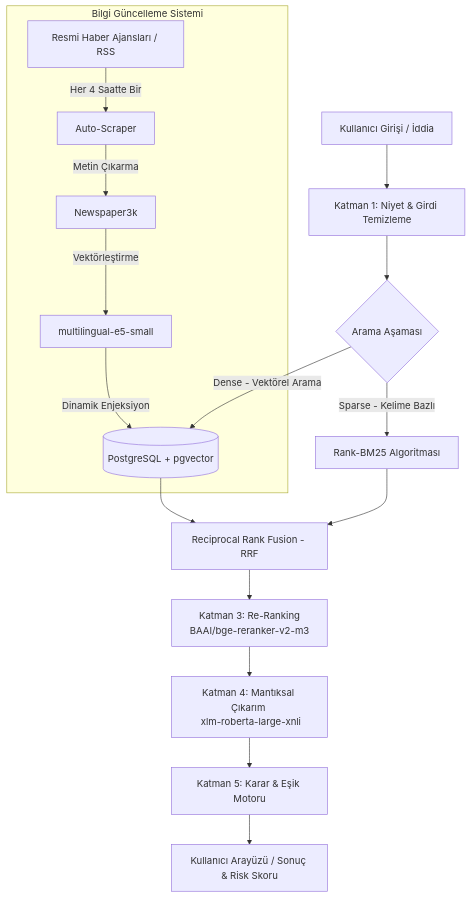
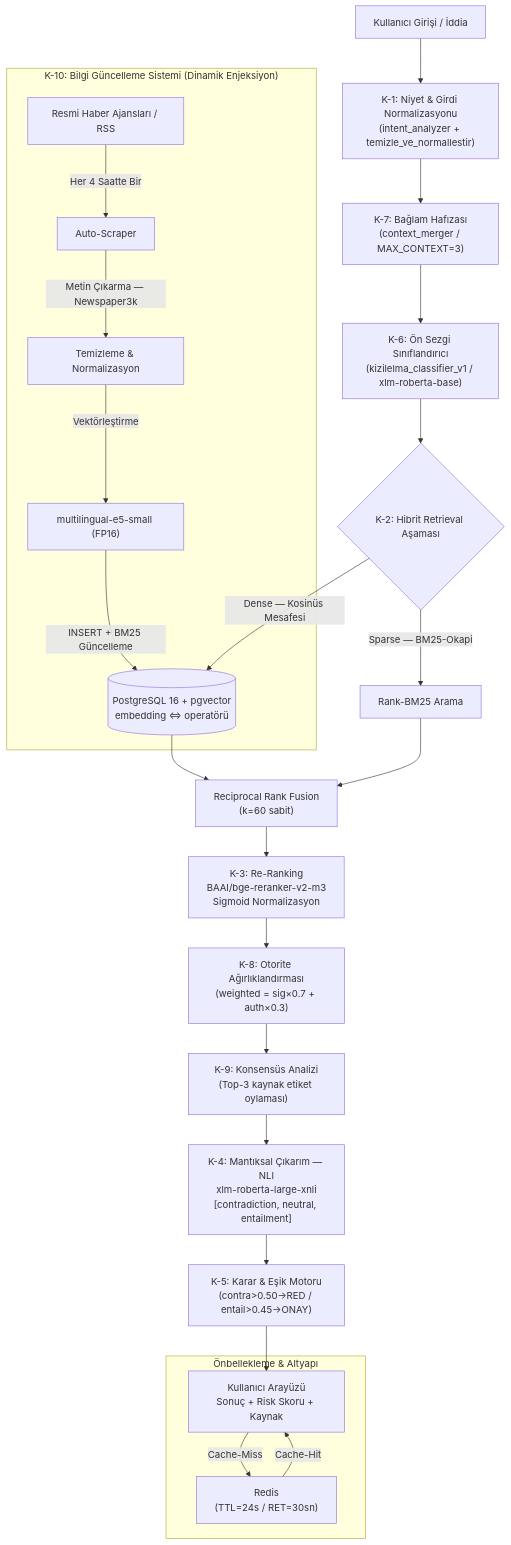
Before and after one commit to ETU-Digital-Design-Lab/bsc-2026-group-5-kizilelmai-news-verifier: the diagram in README.md, drawn with Mermaid. The commit also changed other lines of this file, not shown here.

Commit message:
readme düzenlendi

````diff
--- a/README.md
+++ b/README.md
@@ -25,20 +25,29 @@
 ```mermaid
 graph TD
-    A[Kullanıcı Girişi / İddia] --> B[Katman 1: Niyet & Girdi Temizleme]
-    B --> C{Arama Aşaması}
-    C -->|Dense - Vektörel Arama| D[(PostgreSQL + pgvector)]
-    C -->|Sparse - Kelime Bazlı| E[Rank-BM25 Algoritması]
-    D --> F[Reciprocal Rank Fusion - RRF]
+    A["Kullanıcı Girişi / İddia"] --> B["K-1: Niyet & Girdi Normalizasyonu\n(intent_analyzer + temizle_ve_normallestir)"]
+    B --> B2["K-7: Bağlam Hafızası\n(context_merger / MAX_CONTEXT=3)"]
+    B2 --> B3["K-6: Ön Sezgi Sınıflandırıcı\n(kizilelma_classifier_v1 / xlm-roberta-base)"]
+    B3 --> C{"K-2: Hibrit Retrieval Aşaması"}
+    C -->|"Dense — Kosinüs Mesafesi"| D[("PostgreSQL 16 + pgvector\nembedding <=> operatörü")]
+    C -->|"Sparse — BM25-Okapi"| E["Rank-BM25 Arama"]
+    D --> F["Reciprocal Rank Fusion\n(k=60 sabit)"]
     E --> F
-    F --> G[Katman 3: Re-Ranking <br/> BAAI/bge-reranker-v2-m3]
-    G --> H[Katman 4: Mantıksal Çıkarım <br/> xlm-roberta-large-xnli]
-    H --> I[Katman 5: Karar & Eşik Motoru]
-    I --> J[Kullanıcı Arayüzü / Sonuç & Risk Skoru]
+    F --> G["K-3: Re-Ranking\nBAAI/bge-reranker-v2-m3\nSigmoid Normalizasyon"]
+    G --> G2["K-8: Otorite Ağırlıklandırması\n(weighted = sig×0.7 + auth×0.3)"]
+    G2 --> G3["K-9: Konsensüs Analizi\n(Top-3 kaynak etiket oylaması)"]
+    G3 --> H["K-4: Mantıksal Çıkarım — NLI\nxlm-roberta-large-xnli\n[contradiction, neutral, entailment]"]
+    H --> I["K-5: Karar & Eşik Motoru\n(contra>0.50→RED / entail>0.45→ONAY)"]
+    I --> J["Kullanıcı Arayüzü\nSonuç + Risk Skoru + Kaynak"]
 
-    subgraph Bilgi Güncelleme Sistemi
-        K[Resmi Haber Ajansları / RSS] -->|Her 4 Saatte Bir| L[Auto-Scraper]
-        L -->|Metin Çıkarma| M[Newspaper3k]
-        M -->|Vektörleştirme| N[multilingual-e5-small]
-        N -->|Dinamik Enjeksiyon| D
+    subgraph "K-10: Bilgi Güncelleme Sistemi (Dinamik Enjeksiyon)"
+        K["Resmi Haber Ajansları / RSS"] -->|"Her 4 Saatte Bir"| L["Auto-Scraper"]
+        L -->|"Metin Çıkarma — Newspaper3k"| M["Temizleme & Normalizasyon"]
+        M -->|"Vektörleştirme"| N["multilingual-e5-small (FP16)"]
+        N -->|"INSERT + BM25 Güncelleme"| D
+    end
+
+    subgraph "Önbellekleme & Altyapı"
+        J -->|"Cache-Miss"| Redis["Redis\n(TTL=24s / RET=30sn)"]
+        Redis -->|"Cache-Hit"| J
     end
 ```
````
